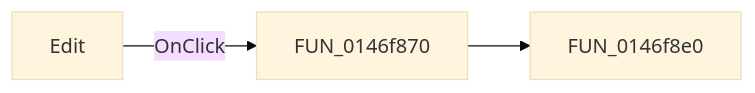
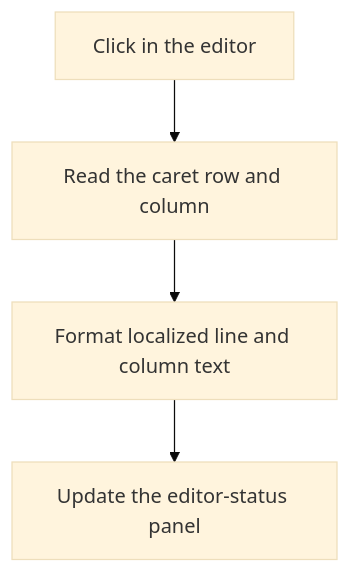
The diagram in docs/ui-controls/pymainform/edit-a865bec564.md (MovGP0/TIARA), drawn with Mermaid (base theme) before and after one commit. The commit also changed other lines of this file and 1062 other files, not shown here.

````diff
--- a/docs/ui-controls/pymainform/edit-a865bec564.md
+++ b/docs/ui-controls/pymainform/edit-a865bec564.md
@@ -27,5 +29,6 @@
 ```mermaid
-flowchart LR
-    control["Edit"] -->|OnClick| handler["FUN_0146f870"]
-    handler --> call1["FUN_0146f8e0"]
+flowchart TD
+    control["Click in the editor"] --> position["Read the caret row and column"]
+    position --> format["Format localized line and column text"]
+    format --> panel["Update the editor-status panel"]
 ```
````
